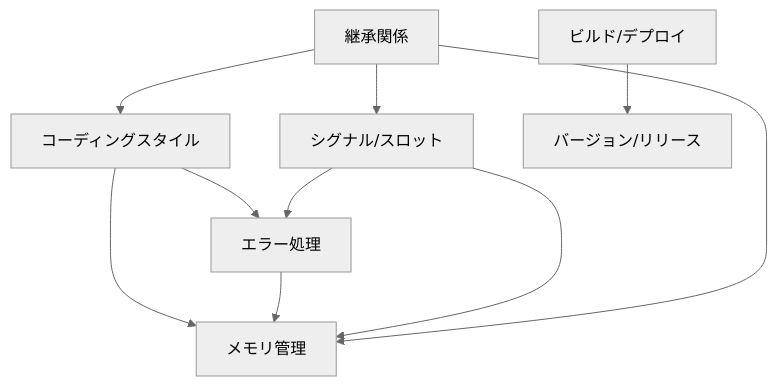
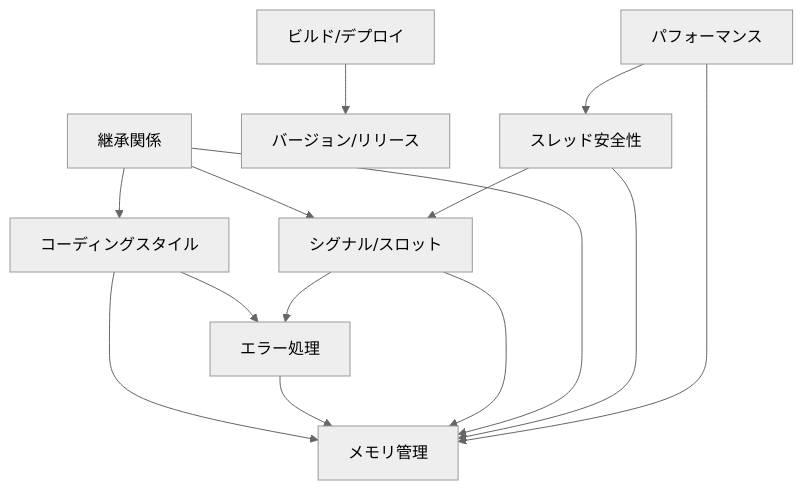
One commit to dolphilia/reqt changed the diagram in qt6binding/.cline/rules/index.md. Above: the diagram before and after it, drawn with Mermaid (neutral theme). The commit also changed other lines of this file and 106 other files, not shown here.

````diff
--- a/qt6binding/.cline/rules/index.md
+++ b/qt6binding/.cline/rules/index.md
@@ -120,12 +118,16 @@
 ```mermaid
 graph TD
     CS[コーディングスタイル] --> EH[エラー処理]
     CS --> MM[メモリ管理]
     EH --> MM
     SS[シグナル/スロット] --> EH
     SS --> MM
     IN[継承関係] --> MM
     IN --> SS
-    IN --> CS[コーディングスタイル]
+    IN --> CS
     BD[ビルド/デプロイ] --> VR[バージョン/リリース]
+    TS[スレッド安全性] --> MM
+    TS --> SS
+    PF[パフォーマンス] --> MM
+    PF --> TS
 ```
````
